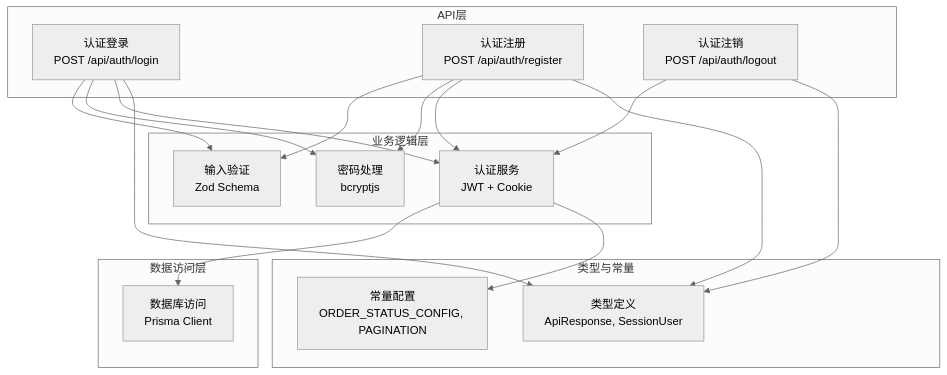
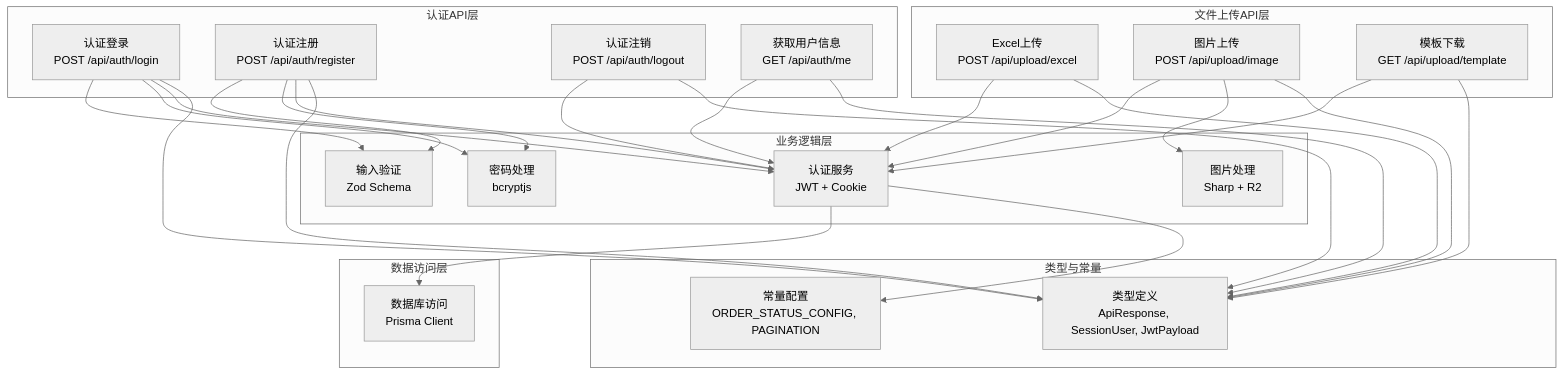
One commit to three3638-arch/celestia_2b changed the first of 6 diagrams in .qoder/repowiki/zh/content/API接口文档/API接口文档.md. Above: the diagram before and after it, drawn with Mermaid (neutral theme). The commit also changed other lines of this file and 17 other files, not shown here.

````diff
--- a/.qoder/repowiki/zh/content/API接口文档/API接口文档.md
+++ b/.qoder/repowiki/zh/content/API接口文档/API接口文档.md
@@ -36,32 +42,48 @@
 ```mermaid
 graph TB
-subgraph "API层"
+subgraph "认证API层"
 AUTH_LOGIN["认证登录<br/>POST /api/auth/login"]
 AUTH_REGISTER["认证注册<br/>POST /api/auth/register"]
 AUTH_LOGOUT["认证注销<br/>POST /api/auth/logout"]
+AUTH_ME["获取用户信息<br/>GET /api/auth/me"]
+end
+subgraph "文件上传API层"
+UPLOAD_EXCEL["Excel上传<br/>POST /api/upload/excel"]
+UPLOAD_IMAGE["图片上传<br/>POST /api/upload/image"]
+UPLOAD_TEMPLATE["模板下载<br/>GET /api/upload/template"]
 end
 subgraph "业务逻辑层"
 VALIDATION["输入验证<br/>Zod Schema"]
 PASSWORD["密码处理<br/>bcryptjs"]
 AUTH_SERVICE["认证服务<br/>JWT + Cookie"]
+IMAGE_PROCESS["图片处理<br/>Sharp + R2"]
 end
 subgraph "数据访问层"
 PRISMA["数据库访问<br/>Prisma Client"]
 end
 subgraph "类型与常量"
-TYPES["类型定义<br/>ApiResponse, SessionUser"]
+TYPES["类型定义<br/>ApiResponse, SessionUser, JwtPayload"]
 CONSTANTS["常量配置<br/>ORDER_STATUS_CONFIG, PAGINATION"]
 end
 AUTH_LOGIN --> VALIDATION
 AUTH_REGISTER --> VALIDATION
 AUTH_LOGIN --> PASSWORD
 AUTH_REGISTER --> PASSWORD
 AUTH_LOGIN --> AUTH_SERVICE
 AUTH_REGISTER --> AUTH_SERVICE
 AUTH_LOGOUT --> AUTH_SERVICE
+AUTH_ME --> AUTH_SERVICE
+UPLOAD_EXCEL --> AUTH_SERVICE
+UPLOAD_IMAGE --> AUTH_SERVICE
+UPLOAD_IMAGE --> IMAGE_PROCESS
+UPLOAD_TEMPLATE --> AUTH_SERVICE
 AUTH_SERVICE --> PRISMA
 AUTH_LOGIN --> TYPES
 AUTH_REGISTER --> TYPES
 AUTH_LOGOUT --> TYPES
+AUTH_ME --> TYPES
+UPLOAD_EXCEL --> TYPES
+UPLOAD_IMAGE --> TYPES
+UPLOAD_TEMPLATE --> TYPES
 AUTH_SERVICE --> CONSTANTS
 ```
````
